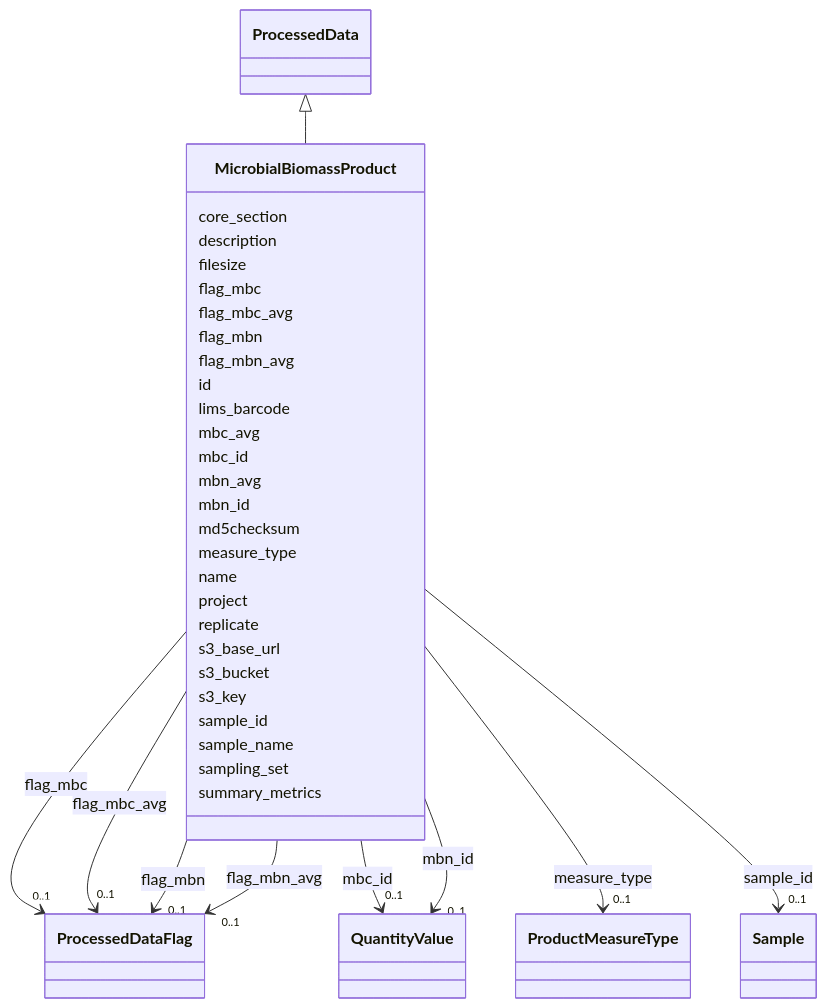
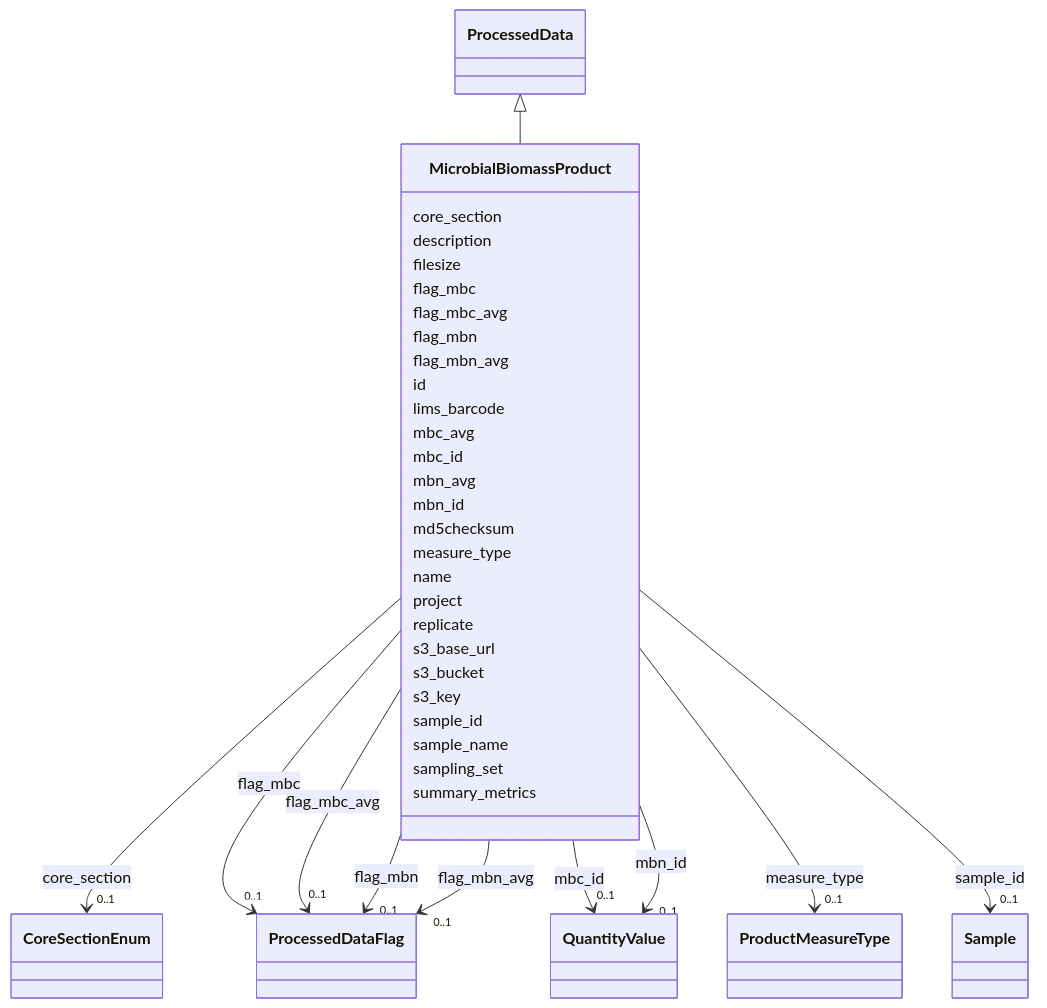
One commit to EMSL-Computing/BASALT-Schema changed the diagram in docs/elements/MicrobialBiomassProduct.md. Above: the diagram before and after it, drawn with Mermaid. The commit also changed other lines of this file and 388 other files, not shown here.

```diff
--- a/docs/elements/MicrobialBiomassProduct.md
+++ b/docs/elements/MicrobialBiomassProduct.md
@@ -19,6 +19,16 @@
         click ProcessedData href "../ProcessedData"
       
       MicrobialBiomassProduct : core_section
+        
+          
+    
+    
+    
+    
+    MicrobialBiomassProduct --> "0..1" CoreSectionEnum : core_section
+    click CoreSectionEnum href "../CoreSectionEnum"
+    
+
         
       MicrobialBiomassProduct : description
         
```
